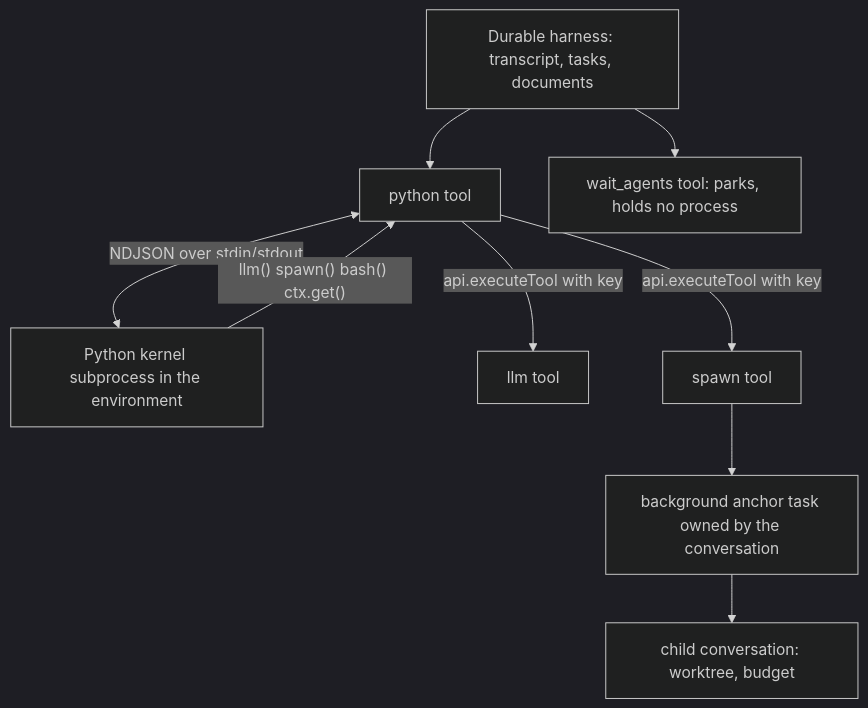
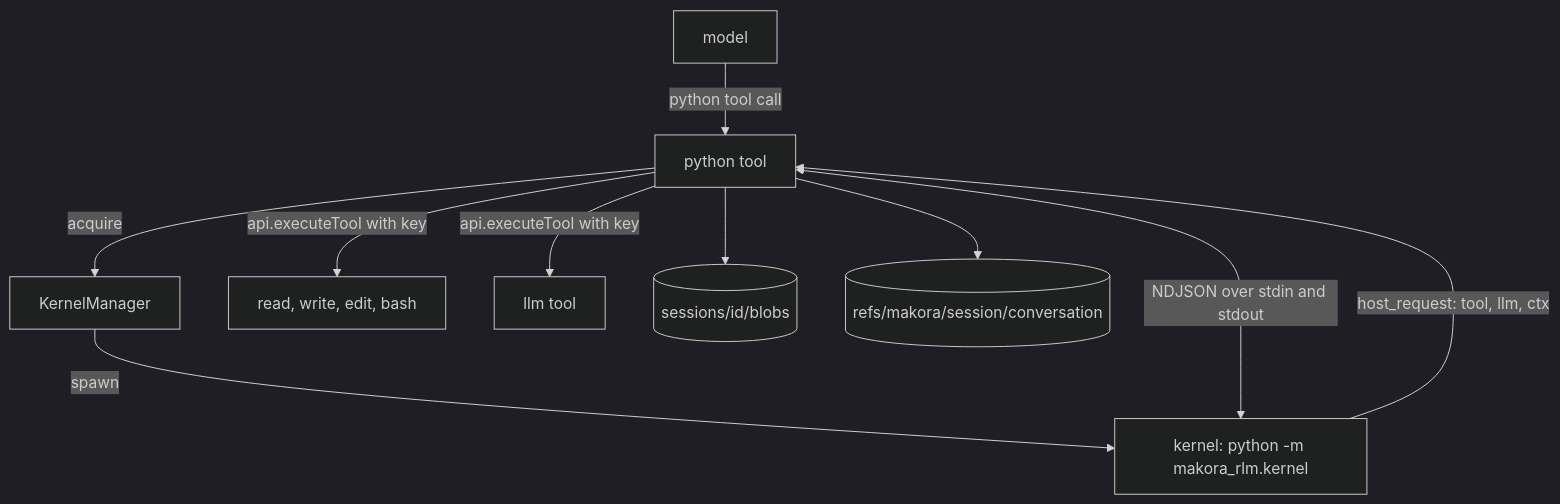
Before and after one commit to mr-jones123/makora: the diagram in docs/architecture/repl.md, drawn with Mermaid (dark theme). The commit also changed other lines of this file and 17 other files, not shown here.

````diff
--- a/docs/architecture/repl.md
+++ b/docs/architecture/repl.md
@@ -13,11 +12,12 @@
 ```mermaid
 flowchart TB
-  H[Durable harness: transcript, tasks, documents] --> PT[python tool]
-  PT <-->|NDJSON over stdin/stdout| K[Python kernel subprocess in the environment]
-  K -->|"llm() spawn() bash() ctx.get()"| PT
+  M[model] -->|python tool call| PT[python tool]
+  PT -->|acquire| KM[KernelManager]
+  KM -->|spawn| K["kernel: python -m makora_rlm.kernel"]
+  PT <-->|NDJSON over stdin and stdout| K
+  K -->|"host_request: tool, llm, ctx"| PT
+  PT -->|api.executeTool with key| CT[read, write, edit, bash]
   PT -->|api.executeTool with key| L[llm tool]
-  PT -->|api.executeTool with key| S[spawn tool]
-  S --> A[background anchor task owned by the conversation]
-  A --> C[child conversation: worktree, budget]
-  H --> WA[wait_agents tool: parks, holds no process]
+  PT --> B[(sessions/id/blobs)]
+  PT --> G[(refs/makora/session/conversation)]
 ```
````
